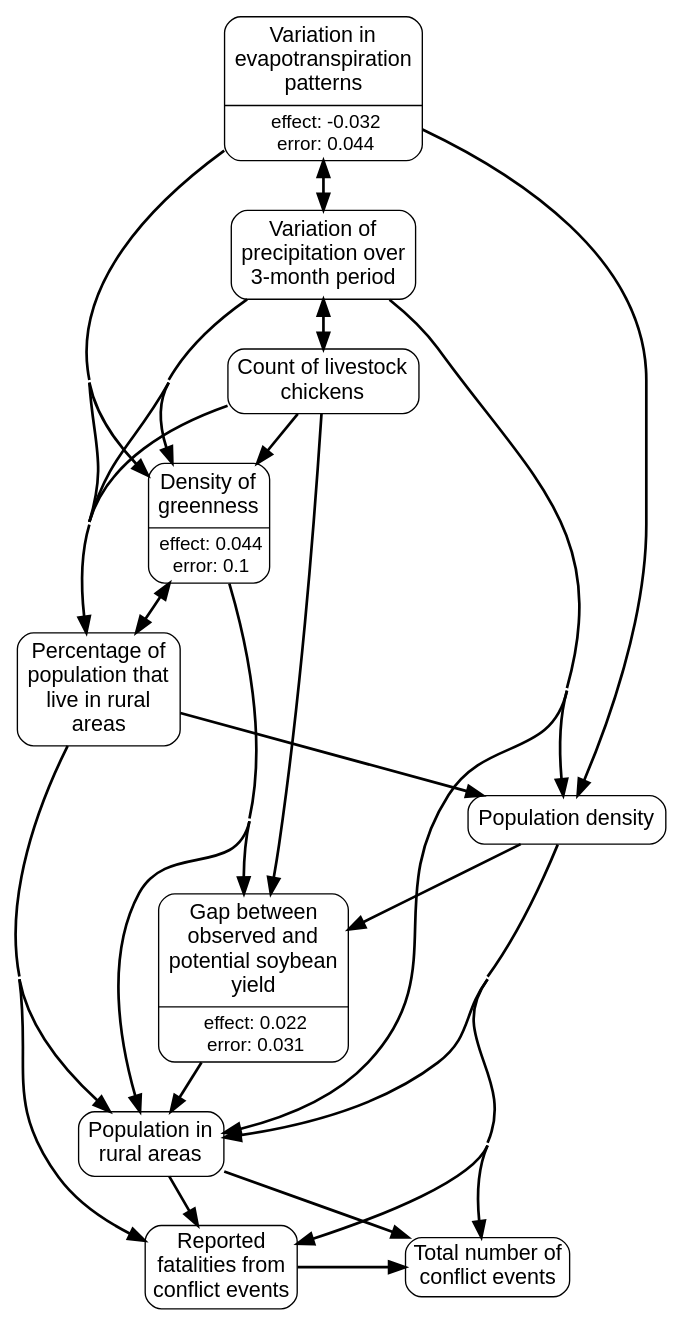
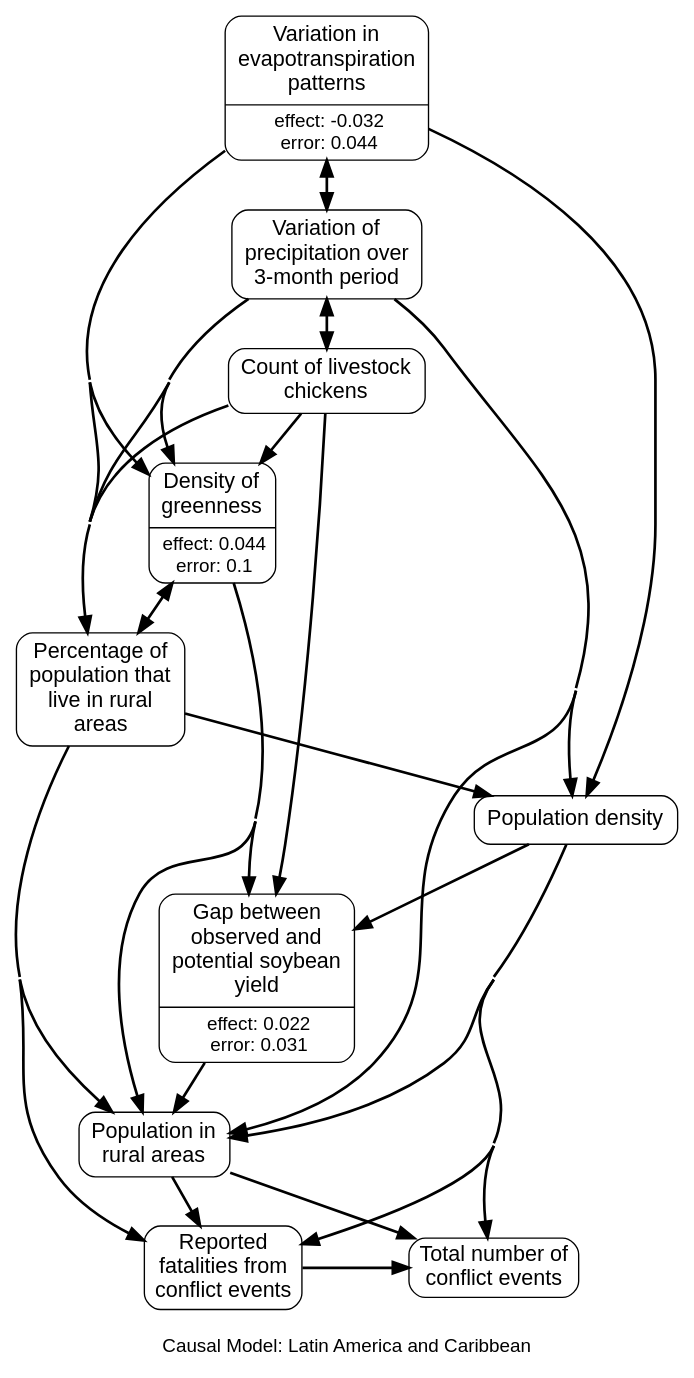
The diagram in app/javascript/images/regions/causal_graphs/latin_america_and_caribbean.gv (wri/wri-wpsi), drawn with Graphviz before and after one commit. The commit also changed 16 other files, not shown here.

```diff
--- a/app/javascript/images/regions/causal_graphs/latin_america_and_caribbean.gv
+++ b/app/javascript/images/regions/causal_graphs/latin_america_and_caribbean.gv
@@ -1,84 +1,88 @@
 # generated file for region: latin_america_and_caribbean by CausalModelRegionGenerator
 strict digraph causalModel {
+fontname="Helvetica, Arial, sans-serif";
+label="
+Causal Model: Latin America and Caribbean";
+labelloc = b;
 nodesep = 0.4;
 concentrate = true;
-node[shape = Mrecord, fontname = "Helvetica, Arial, sans-serif", margin = "0.07,0.05", penwidth = 1.0];
+node[shape = Mrecord, fontname = "Helvetica, Arial, sans-serif", margin = "0.10,0.06", penwidth = 1.0];
 edge[arrowsize = 1.2, penwidth = 2];
 
 # nodes
 et_anom_m_STD_m [label = <{<table align="center" border="0" cellspacing="1" cellpadding="1">
 <tr><td><font point-size="16">Variation in<br/>evapotranspiration<br/>patterns<br/></font></td></tr>
 </table>
 |<table border="0" cellspacing="1" cellpadding="0.5"><tr><td><font point-size="14">effect: -0.032</font></td></tr>
 <tr><td><font point-size="14">error: 0.044</font></td></tr></table>}>, class = rankB];
 chicken_number_s [label = <<table align="center" border="0" cellspacing="1" cellpadding="1">
 <tr><td><font point-size="16">Count of livestock<br/>chickens<br/></font></td></tr>
 </table>
 >, class = rankB];
 spi_3_m [label = <<table align="center" border="0" cellspacing="1" cellpadding="1">
 <tr><td><font point-size="16">Variation of<br/>precipitation over<br/>3-month period<br/></font></td></tr>
 </table>
 >, class = rankB];
 rurpop_s [label = <<table align="center" border="0" cellspacing="1" cellpadding="1">
 <tr><td><font point-size="16">Population in<br/>rural areas<br/></font></td></tr>
 </table>
 >, class = rankB];
 yield_gap_soybean_s [label = <{<table align="center" border="0" cellspacing="1" cellpadding="1">
 <tr><td><font point-size="16">Gap between<br/>observed and<br/>potential soybean<br/>yield<br/></font></td></tr>
 </table>
 |<table border="0" cellspacing="1" cellpadding="0.5"><tr><td><font point-size="14">effect: 0.022</font></td></tr>
 <tr><td><font point-size="14">error: 0.031</font></td></tr></table>}>, class = rankB];
 rurratio_s [label = <<table align="center" border="0" cellspacing="1" cellpadding="1">
 <tr><td><font point-size="16">Percentage of<br/>population that<br/>live in rural<br/>areas<br/></font></td></tr>
 </table>
 >, class = rankB];
 locdensity_y [label = <<table align="center" border="0" cellspacing="1" cellpadding="1">
 <tr><td><font point-size="16">Population density</font></td></tr>
 </table>
 >, class = rankB];
 ndvi_act_min_m [label = <{<table align="center" border="0" cellspacing="1" cellpadding="1">
 <tr><td><font point-size="16">Density of<br/>greenness<br/></font></td></tr>
 </table>
 |<table border="0" cellspacing="1" cellpadding="0.5"><tr><td><font point-size="14">effect: 0.044</font></td></tr>
 <tr><td><font point-size="14">error: 0.1</font></td></tr></table>}>, class = rankB];
 acl_sum_evnt_m [label = "Total number of
 conflict events", class = rankC, shape=box, style=rounded, fontsize="16pt"];
 acl_sum_fatl_m [label = "Reported
 fatalities from
 conflict events", class = rankC, shape=box, style=rounded, fontsize="16pt"];
 
 #ranks
 {rank=same; acl_sum_evnt_m acl_sum_fatl_m; }
 
 # links
 et_anom_m_STD_m -> spi_3_m;
 et_anom_m_STD_m -> rurratio_s;
 et_anom_m_STD_m -> locdensity_y;
 et_anom_m_STD_m -> ndvi_act_min_m;
 chicken_number_s -> spi_3_m;
 chicken_number_s -> yield_gap_soybean_s;
 chicken_number_s -> rurratio_s;
 chicken_number_s -> ndvi_act_min_m;
 spi_3_m -> et_anom_m_STD_m;
 spi_3_m -> chicken_number_s;
 spi_3_m -> rurpop_s;
 spi_3_m -> rurratio_s;
 spi_3_m -> locdensity_y;
 spi_3_m -> ndvi_act_min_m;
 rurpop_s -> acl_sum_evnt_m;
 rurpop_s -> acl_sum_fatl_m;
 yield_gap_soybean_s -> rurpop_s;
 rurratio_s -> rurpop_s;
 rurratio_s -> locdensity_y;
 rurratio_s -> ndvi_act_min_m;
 rurratio_s -> acl_sum_fatl_m;
 locdensity_y -> rurpop_s;
 locdensity_y -> yield_gap_soybean_s;
 locdensity_y -> acl_sum_evnt_m;
 locdensity_y -> acl_sum_fatl_m;
 ndvi_act_min_m -> rurpop_s;
 ndvi_act_min_m -> yield_gap_soybean_s;
 ndvi_act_min_m -> rurratio_s;
 acl_sum_fatl_m -> acl_sum_evnt_m;
 
 }
```
